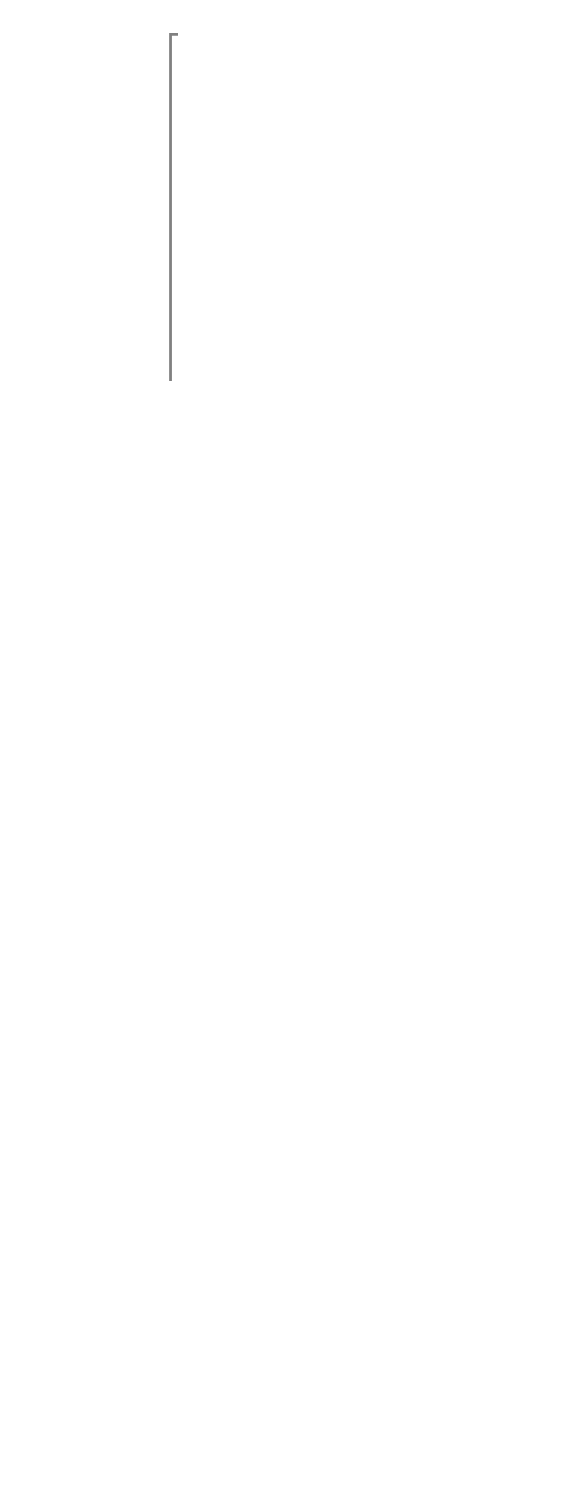
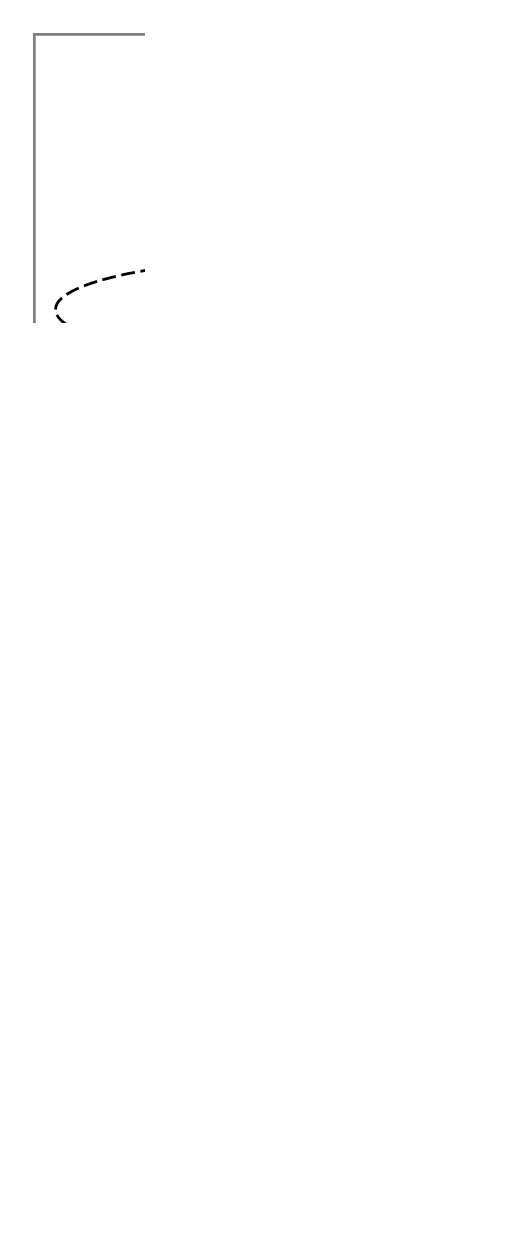
One commit to aml-org/amf changed the diagram in amf-ecosystem-modules.dot. Above: the diagram before and after it, drawn with Graphviz. The commit also changed 35 other files, not shown here.

Commit message:
adjust import from aml refactor, clean up build.sbt and amf-ecosystem image

```diff
--- a/amf-ecosystem-modules.dot
+++ b/amf-ecosystem-modules.dot
@@ -1,28 +1,27 @@
 # http://www.graphviz.org/content/cluster
 # to generate image run: dot -Tpng amf-ecosystem-modules.dot > amf-ecosystem-modules.png
 
 digraph G {
     graph [ dpi = 300 ];
     # modules
     subgraph cluster_0 {
-        "amf-client" [style=dashed]
-	    "amf-webapi"
+        "amf-cli"
+	    "amf-api-contract" [style=dashed]
 	    "amf-shapes"
 	    color=gray
     }
     subgraph cluster_1 {
-        "amf-custom-validation"
     	"amf-aml" [style=dashed]
 	    "amf-validation"
 	    color=gray
     }
     
     subgraph cluster_2 {
 	    "amf-core"
 	    color=gray
     }
     
 	# dependencies
-	"amf-client" -> "amf-webapi" -> "amf-shapes"
-	"amf-shapes" -> "amf-custom-validation" -> "amf-aml" -> "amf-validation" -> "amf-core" [label="dependsOn"]
+	"amf-cli" -> "amf-api-contract" -> "amf-shapes"
+	"amf-shapes" -> "amf-aml" -> "amf-validation" -> "amf-core" [label="dependsOn"]
 }
```
